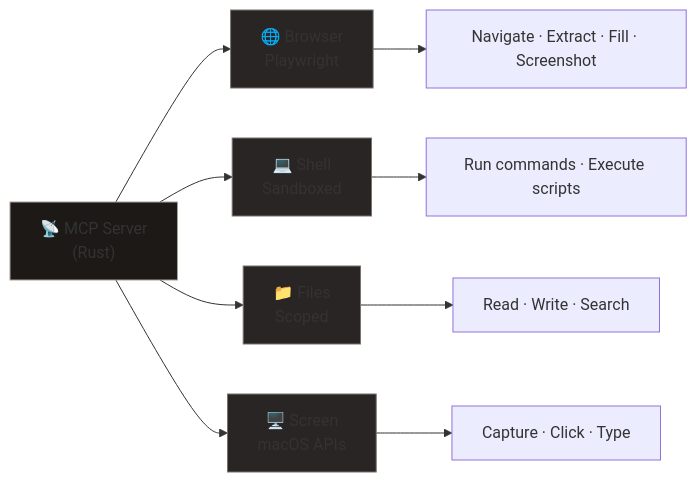
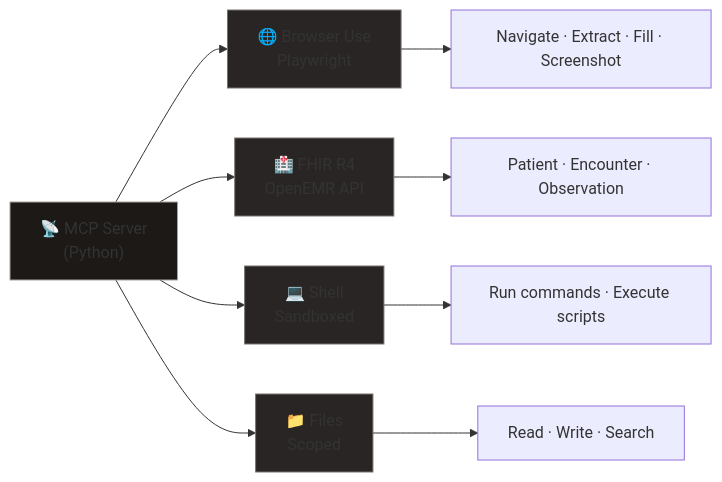
The sixth of 7 diagrams in docs/architecture.md (MegaWiz-Dev-Team/Asgard), drawn with Mermaid before and after one commit. The commit also changed other lines of this file and 6 other files, not shown here.

First line of the commit message:
docs: update Fenrir to Python (Browser Use + FHIR) and add Eir (OpenEMR)

````diff
--- a/docs/architecture.md
+++ b/docs/architecture.md
@@ -256,18 +265,18 @@
 ```mermaid
 graph LR
-    MCP["📡 MCP Server<br/>(Rust)"] --> Browser["🌐 Browser<br/>Playwright"]
+    MCP["📡 MCP Server<br/>(Python)"] --> Browser["🌐 Browser Use<br/>Playwright"]
+    MCP --> FHIR["🏥 FHIR R4<br/>OpenEMR API"]
     MCP --> Shell["💻 Shell<br/>Sandboxed"]
     MCP --> FileOps["📁 Files<br/>Scoped"]
-    MCP --> Screen["🖥️ Screen<br/>macOS APIs"]
 
     Browser --> Web["Navigate · Extract · Fill · Screenshot"]
+    FHIR --> EMR["Patient · Encounter · Observation"]
     Shell --> Cmd["Run commands · Execute scripts"]
     FileOps --> FS["Read · Write · Search"]
-    Screen --> IO["Capture · Click · Type"]
 
     style MCP fill:#1c1917,stroke:#a8a29e
     style Browser fill:#292524,stroke:#78716c
+    style FHIR fill:#292524,stroke:#78716c
     style Shell fill:#292524,stroke:#78716c
     style FileOps fill:#292524,stroke:#78716c
-    style Screen fill:#292524,stroke:#78716c
 ```
````
